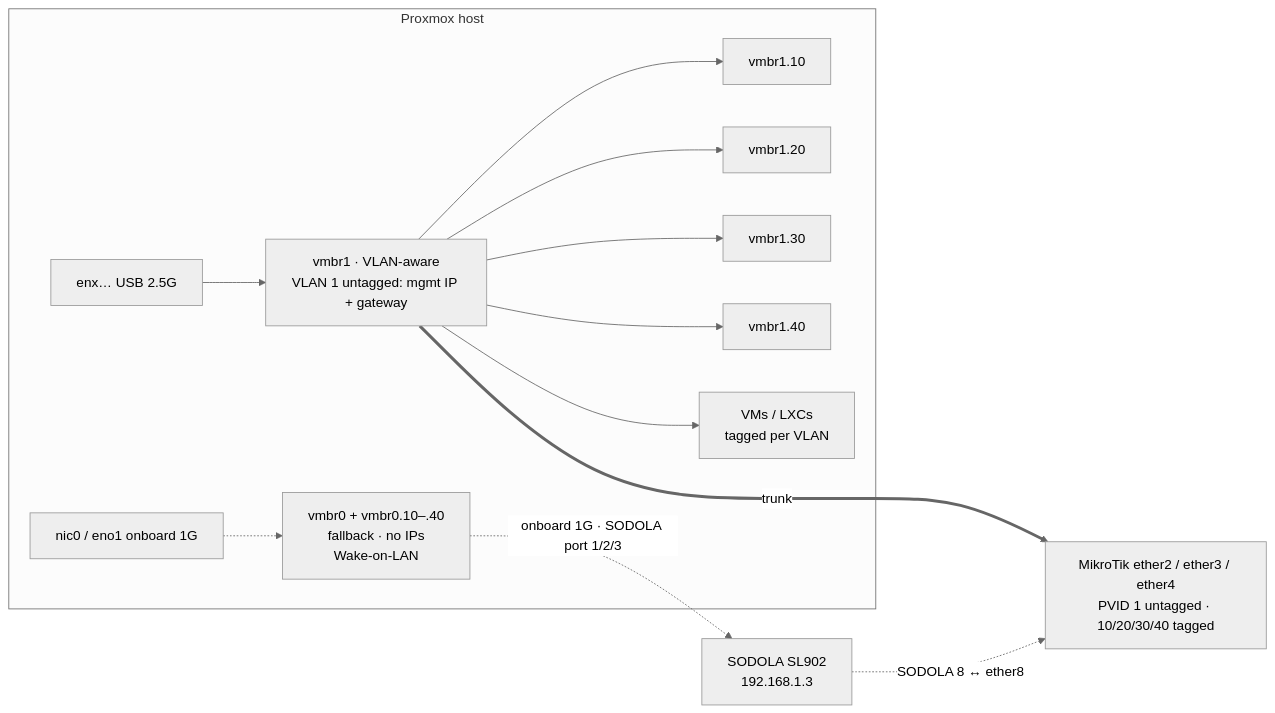
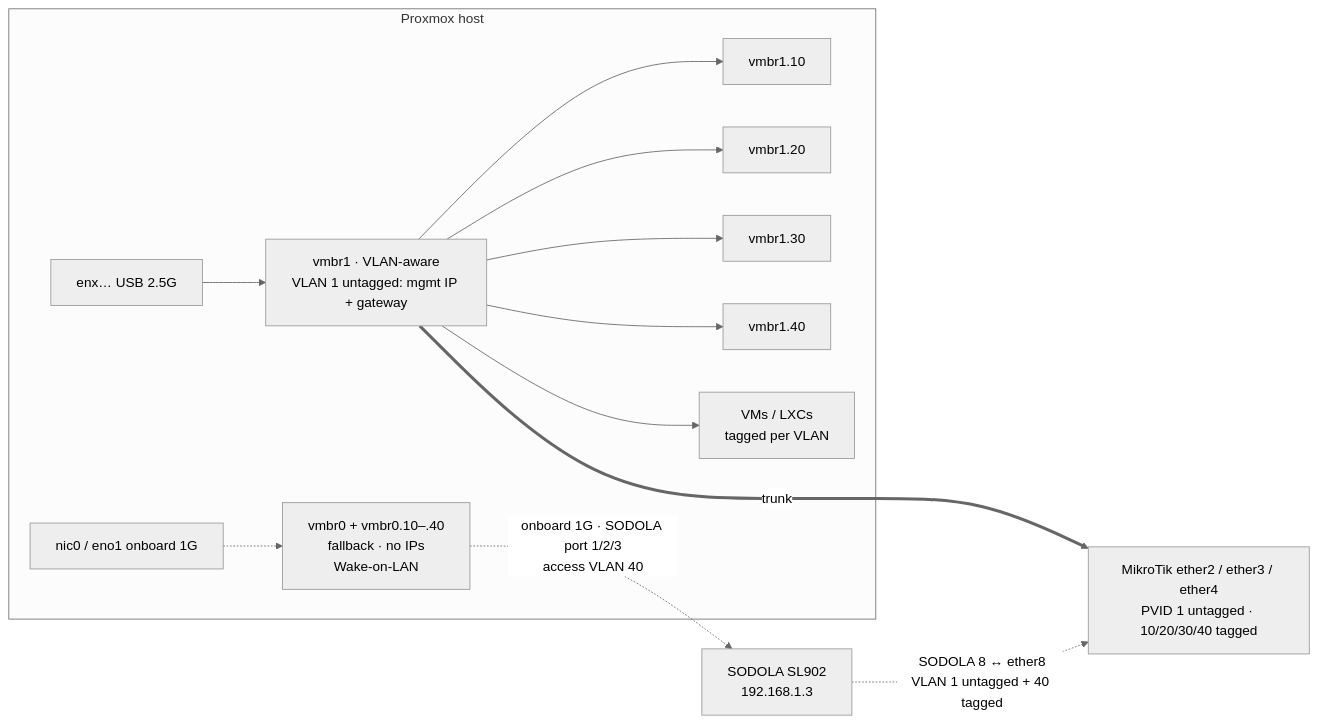
One commit to Cpinto0594/proxmox_scripts_tests changed the first of 3 diagrams in dokploy/compose-files/projects/homelab/docs-zensical/docs/network/usb-2.5g-adapters.md. Above: the diagram before and after it, drawn with Mermaid (neutral theme). The commit also changed other lines of this file and 9 other files, not shown here.

````diff
--- a/dokploy/compose-files/projects/homelab/docs-zensical/docs/network/usb-2.5g-adapters.md
+++ b/dokploy/compose-files/projects/homelab/docs-zensical/docs/network/usb-2.5g-adapters.md
@@ -19,12 +19,12 @@
 ```mermaid
 flowchart LR
     subgraph host[Proxmox host]
         usb[enx… USB 2.5G] --> vmbr1["vmbr1 · VLAN-aware<br/>VLAN 1 untagged: mgmt IP + gateway"]
         vmbr1 --> v10[vmbr1.10] & v20[vmbr1.20] & v30[vmbr1.30] & v40[vmbr1.40]
         vmbr1 --> vms[VMs / LXCs<br/>tagged per VLAN]
         nic0[nic0 / eno1 onboard 1G] -.-> vmbr0["vmbr0 + vmbr0.10–.40<br/>fallback · no IPs<br/>Wake-on-LAN"]
     end
     vmbr1 == trunk ==> sw["MikroTik ether2 / ether3 / ether4<br/>PVID 1 untagged · 10/20/30/40 tagged"]
-    vmbr0 -. "onboard 1G · SODOLA port 1/2/3" .-> sodola["SODOLA SL902<br/>192.168.1.3"]
-    sodola -. "SODOLA 8 ↔ ether8" .-> sw
+    vmbr0 -. "onboard 1G · SODOLA port 1/2/3<br/>access VLAN 40" .-> sodola["SODOLA SL902<br/>192.168.1.3"]
+    sodola -. "SODOLA 8 ↔ ether8<br/>VLAN 1 untagged + 40 tagged" .-> sw
 ```
````
